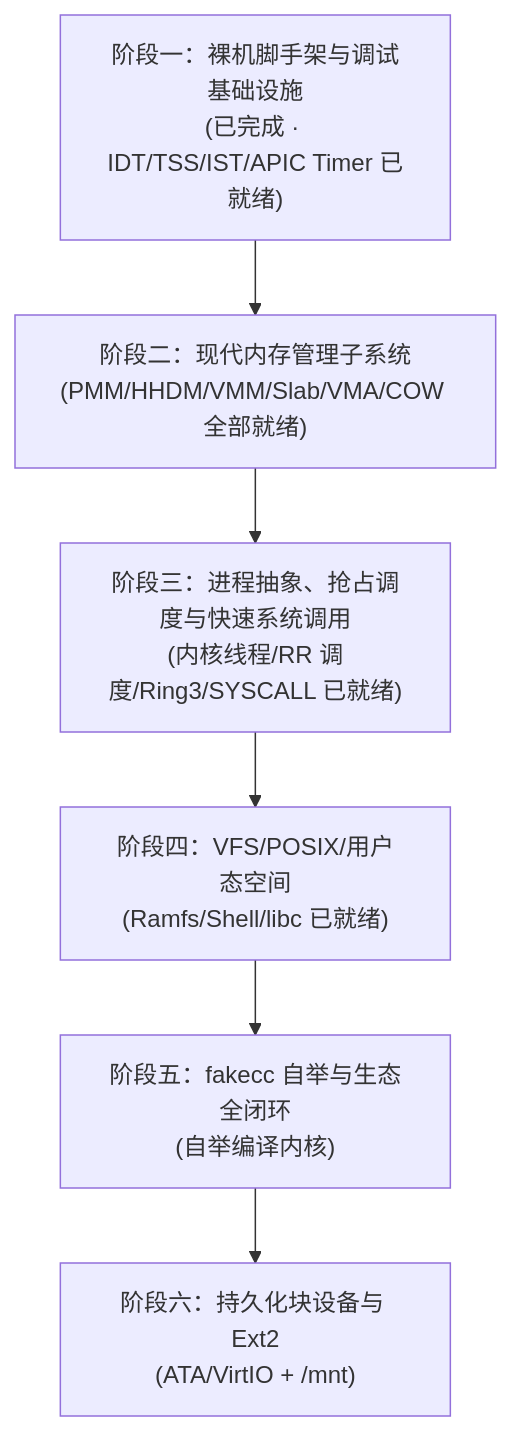
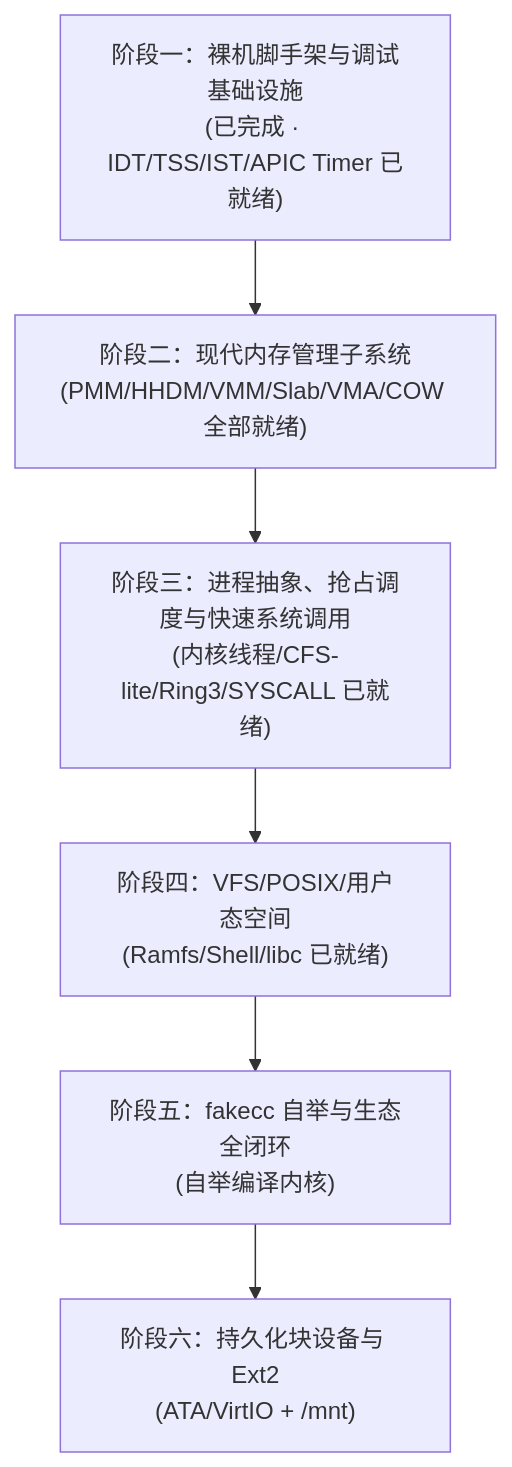
The diagram in README.md (esrrhs/fakeos), drawn with Mermaid before and after one commit. The commit also changed other lines of this file and 10 other files, not shown here.

First line of the commit message:
daily-driver: CFS-lite, anon MAP_SHARED, AHCI IRQ

````diff
--- a/README.md
+++ b/README.md
@@ -80,7 +80,7 @@
 ```mermaid
 flowchart TD
-    M1["阶段一：裸机脚手架与调试基础设施<br/>(已完成 · IDT/TSS/IST/APIC Timer 已就绪)"] --> M2["阶段二：现代内存管理子系统<br/>(PMM/HHDM/VMM/Slab/VMA/COW 全部就绪)"] --> M3["阶段三：进程抽象、抢占调度与快速系统调用<br/>(内核线程/RR 调度/Ring3/SYSCALL 已就绪)"]
+    M1["阶段一：裸机脚手架与调试基础设施<br/>(已完成 · IDT/TSS/IST/APIC Timer 已就绪)"] --> M2["阶段二：现代内存管理子系统<br/>(PMM/HHDM/VMM/Slab/VMA/COW 全部就绪)"] --> M3["阶段三：进程抽象、抢占调度与快速系统调用<br/>(内核线程/CFS-lite/Ring3/SYSCALL 已就绪)"]
     M3 --> M4["阶段四：VFS/POSIX/用户态空间<br/>(Ramfs/Shell/libc 已就绪)"]
     M4 --> M5["阶段五：fakecc 自举与生态全闭环<br/>(自举编译内核)"]
     M5 --> M6["阶段六：持久化块设备与 Ext2<br/>(ATA/VirtIO + /mnt)"]
 ```
````
